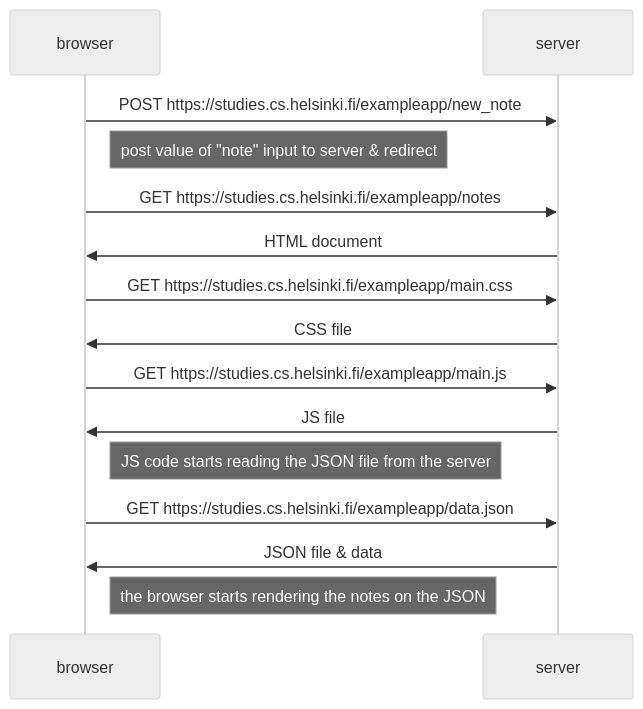
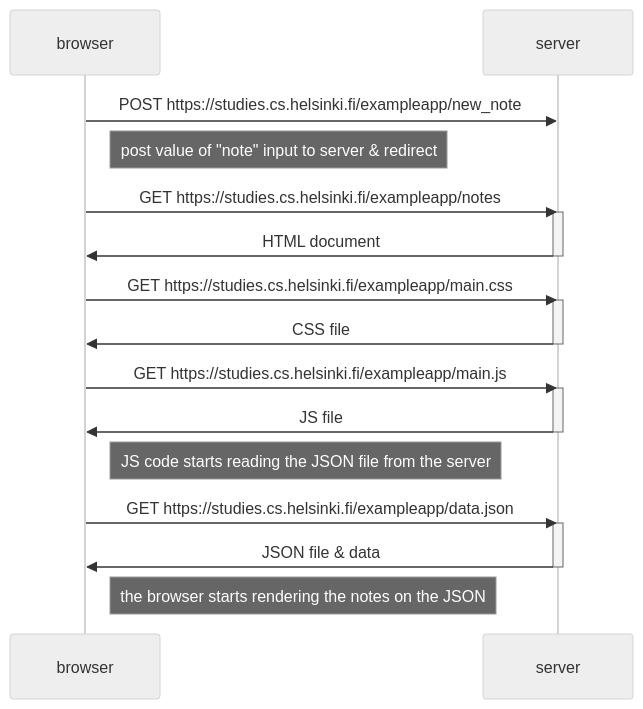
One commit to VeikkaND/fullstackopen-2023 changed the diagram in osa0/0-4.md. Above: the diagram before and after it, drawn with Mermaid (neutral theme).

Commit message:
muotoilua muokattu

````diff
--- a/osa0/0-4.md
+++ b/osa0/0-4.md
@@ -1,23 +1,31 @@
 ```mermaid
 sequenceDiagram
     participant browser
     participant server
 
     browser->>server: POST https://studies.cs.helsinki.fi/exampleapp/new_note
     Note right of browser: post value of "note" input to server & redirect
 
     browser->>server: GET https://studies.cs.helsinki.fi/exampleapp/notes
+    activate server
     server->>browser: HTML document
+    deactivate server
 
     browser->>server: GET https://studies.cs.helsinki.fi/exampleapp/main.css
+    activate server
     server->>browser: CSS file
+    deactivate server
 
     browser->>server: GET https://studies.cs.helsinki.fi/exampleapp/main.js
-    server->>browser: JS file  
+    activate server
+    server->>browser: JS file 
+    deactivate server
     Note right of browser: JS code starts reading the JSON file from the server
 
     browser->>server: GET https://studies.cs.helsinki.fi/exampleapp/data.json
+    activate server
     server->>browser: JSON file & data
+    deactivate server
     Note right of browser: the browser starts rendering the notes on the JSON
 
 ```
````
